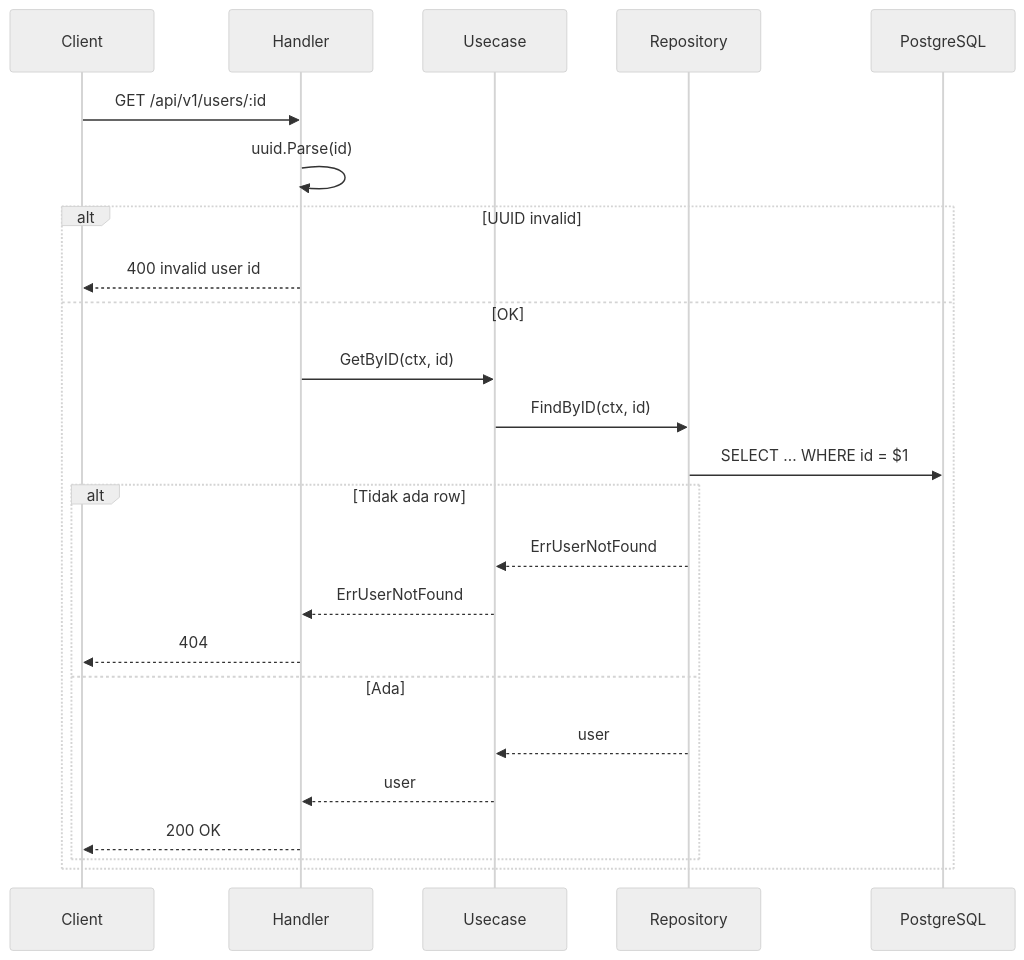
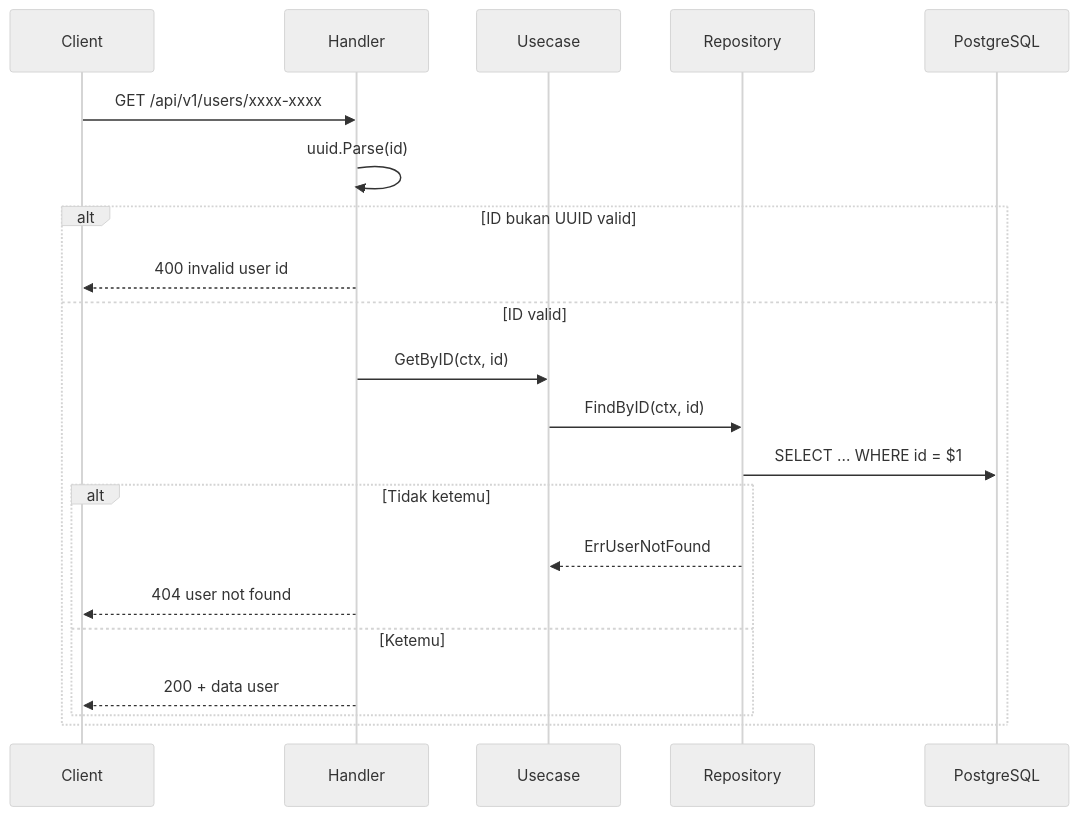
The fifth of 7 diagrams in docs/PROCESS.md (chairoel/BE-ToDoList), drawn with Mermaid (neutral theme) before and after one commit. The commit also changed other lines of this file, not shown here.

Commit message:
[DOCS] rewrite process flow docs for beginners

````diff
--- a/docs/PROCESS.md
+++ b/docs/PROCESS.md
@@ -194,27 +430,24 @@
 ```mermaid
 sequenceDiagram
     participant C as Client
     participant H as Handler
     participant U as Usecase
     participant Repo as Repository
     participant DB as PostgreSQL
 
-    C->>H: GET /api/v1/users/:id
+    C->>H: GET /api/v1/users/xxxx-xxxx
     H->>H: uuid.Parse(id)
-    alt UUID invalid
+    alt ID bukan UUID valid
         H-->>C: 400 invalid user id
-    else OK
+    else ID valid
         H->>U: GetByID(ctx, id)
         U->>Repo: FindByID(ctx, id)
         Repo->>DB: SELECT ... WHERE id = $1
-        alt Tidak ada row
+        alt Tidak ketemu
             Repo-->>U: ErrUserNotFound
-            U-->>H: ErrUserNotFound
-            H-->>C: 404
-        else Ada
-            Repo-->>U: user
-            U-->>H: user
-            H-->>C: 200 OK
+            H-->>C: 404 user not found
+        else Ketemu
+            H-->>C: 200 + data user
         end
     end
 ```
````
